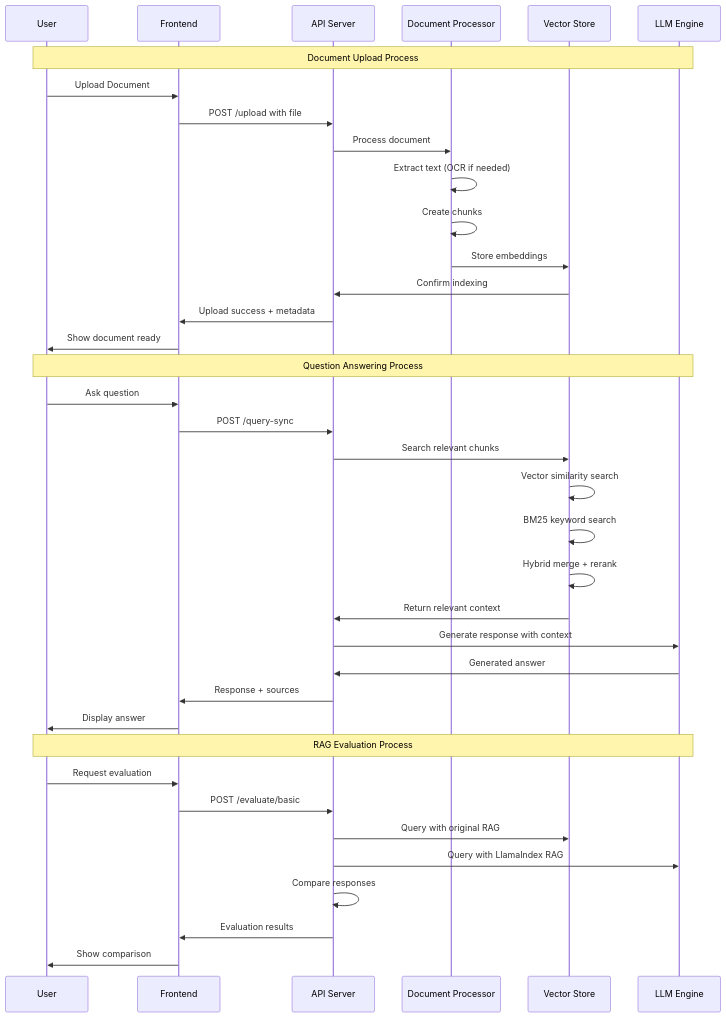
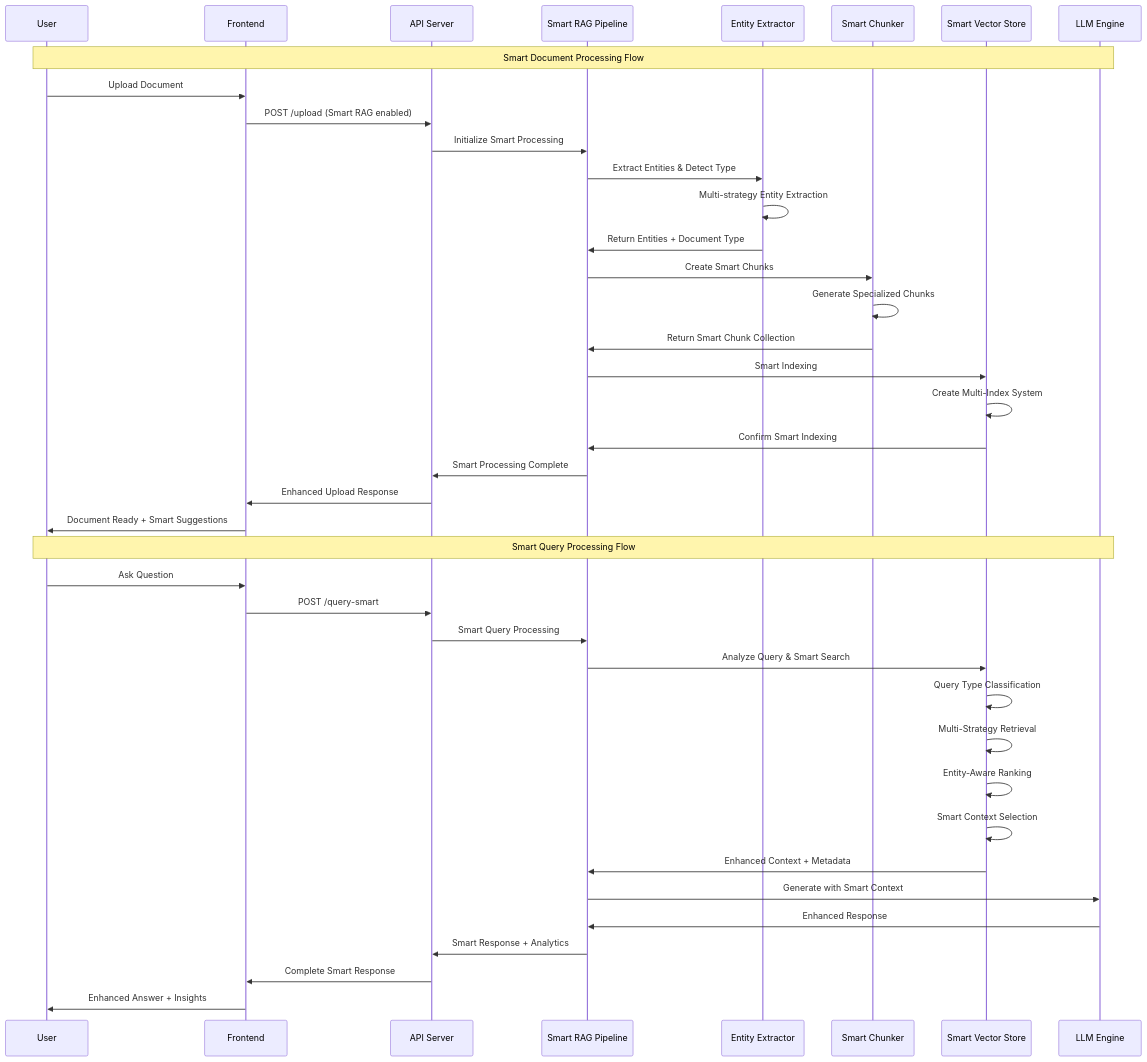
The ninth of 10 diagrams in README.md (navid72m/chatbot), drawn with Mermaid before and after one commit. The commit also changed other lines of this file, not shown here.

````diff
--- a/README.md
+++ b/README.md
@@ -551,45 +1234,46 @@
 ```mermaid
 sequenceDiagram
     participant U as User
     participant F as Frontend
     participant A as API Server
-    participant D as Document Processor
-    participant V as Vector Store
+    participant S as Smart RAG Pipeline
+    participant E as Entity Extractor
+    participant C as Smart Chunker
+    participant V as Smart Vector Store
     participant L as LLM Engine
     
-    %% Document Upload Flow
-    Note over U,L: Document Upload Process
+    %% Smart Document Processing
+    Note over U,L: Smart Document Processing Flow
     U->>F: Upload Document
-    F->>A: POST /upload with file
-    A->>D: Process document
-    D->>D: Extract text (OCR if needed)
-    D->>D: Create chunks
-    D->>V: Store embeddings
-    V->>A: Confirm indexing
-    A->>F: Upload success + metadata
-    F->>U: Show document ready
+    F->>A: POST /upload (Smart RAG enabled)
+    A->>S: Initialize Smart Processing
+    S->>E: Extract Entities & Detect Type
+    E->>E: Multi-strategy Entity Extraction
+    E->>S: Return Entities + Document Type
+    S->>C: Create Smart Chunks
+    C->>C: Generate Specialized Chunks
+    C->>S: Return Smart Chunk Collection
+    S->>V: Smart Indexing
+    V->>V: Create Multi-Index System
+    V->>S: Confirm Smart Indexing
+    S->>A: Smart Processing Complete
+    A->>F: Enhanced Upload Response
+    F->>U: Document Ready + Smart Suggestions
     
-    %% Query Flow
-    Note over U,L: Question Answering Process
-    U->>F: Ask question
-    F->>A: POST /query-sync
-    A->>V: Search relevant chunks
-    V->>V: Vector similarity search
-    V->>V: BM25 keyword search
-    V->>V: Hybrid merge + rerank
-    V->>A: Return relevant context
-    A->>L: Generate response with context
-    L->>A: Generated answer
-    A->>F: Response + sources
-    F->>U: Display answer
-    
-    %% Evaluation Flow
-    Note over U,L: RAG Evaluation Process
-    U->>F: Request evaluation
-    F->>A: POST /evaluate/basic
-    A->>V: Query with original RAG
-    A->>L: Query with LlamaIndex RAG
-    A->>A: Compare responses
-    A->>F: Evaluation results
-    F->>U: Show comparison
+    %% Smart Query Processing
+    Note over U,L: Smart Query Processing Flow
+    U->>F: Ask Question
+    F->>A: POST /query-smart
+    A->>S: Smart Query Processing
+    S->>V: Analyze Query & Smart Search
+    V->>V: Query Type Classification
+    V->>V: Multi-Strategy Retrieval
+    V->>V: Entity-Aware Ranking
+    V->>V: Smart Context Selection
+    V->>S: Enhanced Context + Metadata
+    S->>L: Generate with Smart Context
+    L->>S: Enhanced Response
+    S->>A: Smart Response + Analytics
+    A->>F: Complete Smart Response
+    F->>U: Enhanced Answer + Insights
 ```
````
